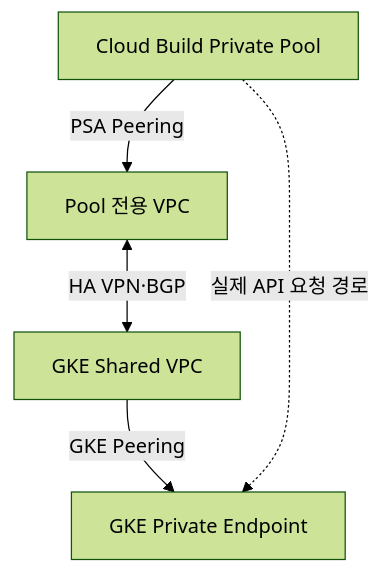
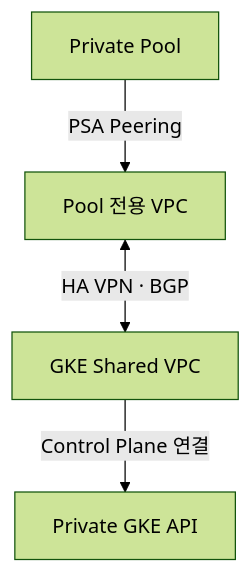
Before and after one commit to sonmap/GCP_SBX_Test01: the diagram in 01.docs/cloudbuild-private-gke-vpn-design.md, drawn with Mermaid (forest theme). The commit also changed other lines of this file and 8 other files, not shown here.

````diff
--- a/01.docs/cloudbuild-private-gke-vpn-design.md
+++ b/01.docs/cloudbuild-private-gke-vpn-design.md
@@ -9,7 +39,6 @@
 ```mermaid
 flowchart TD
-  CB["Cloud Build Private Pool"] -->|"PSA Peering"| PV["Pool 전용 VPC"]
-  PV <-->|"HA VPN·BGP"| GV["GKE Shared VPC"]
-  GV -->|"GKE Peering"| CP["GKE Private Endpoint"]
-  CB -.->|"실제 API 요청 경로"| CP
+  CB["Private Pool"] -->|"PSA Peering"| PV["Pool 전용 VPC"]
+  PV <-->|"HA VPN · BGP"| GV["GKE Shared VPC"]
+  GV -->|"Control Plane 연결"| CP["Private GKE API"]
 ```
````
